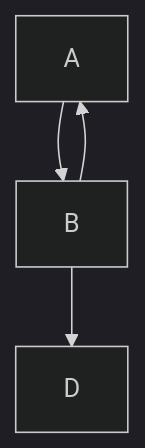
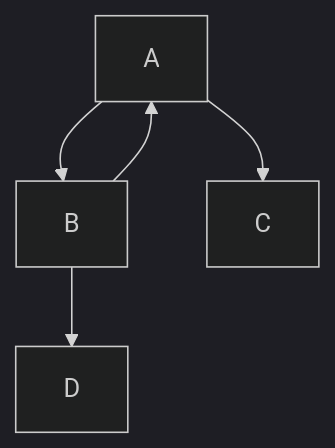
One commit to tobdos/ghpages-dogygen changed the diagram in docs/index.md. Above: the diagram before and after it, drawn with Mermaid (dark theme).

````diff
--- a/docs/index.md
+++ b/docs/index.md
@@ -15,6 +15,7 @@
 ```mermaid
 graph TD;
     A-->B;
     B-->A;
+    A-->C;
     B-->D;
 ```
````
